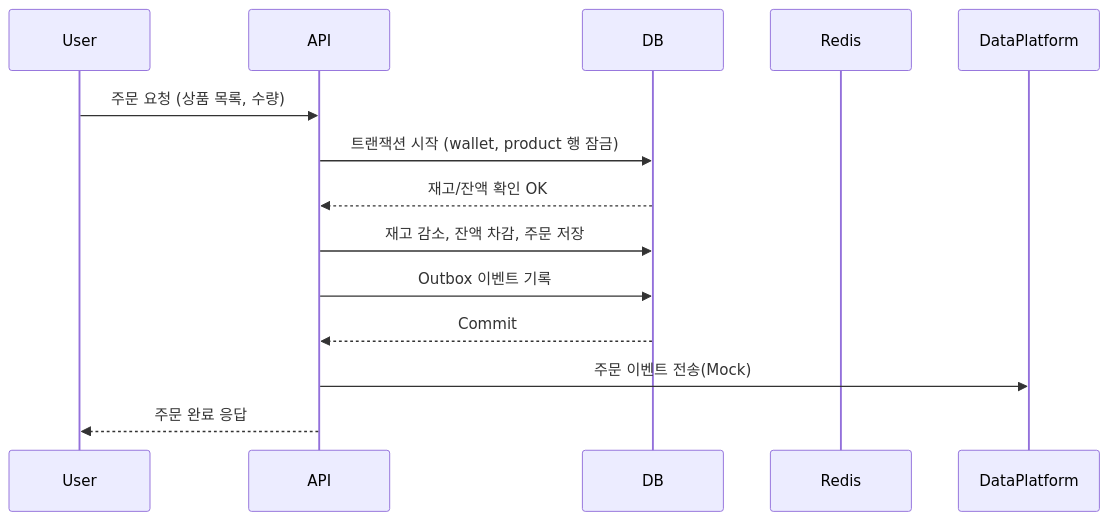
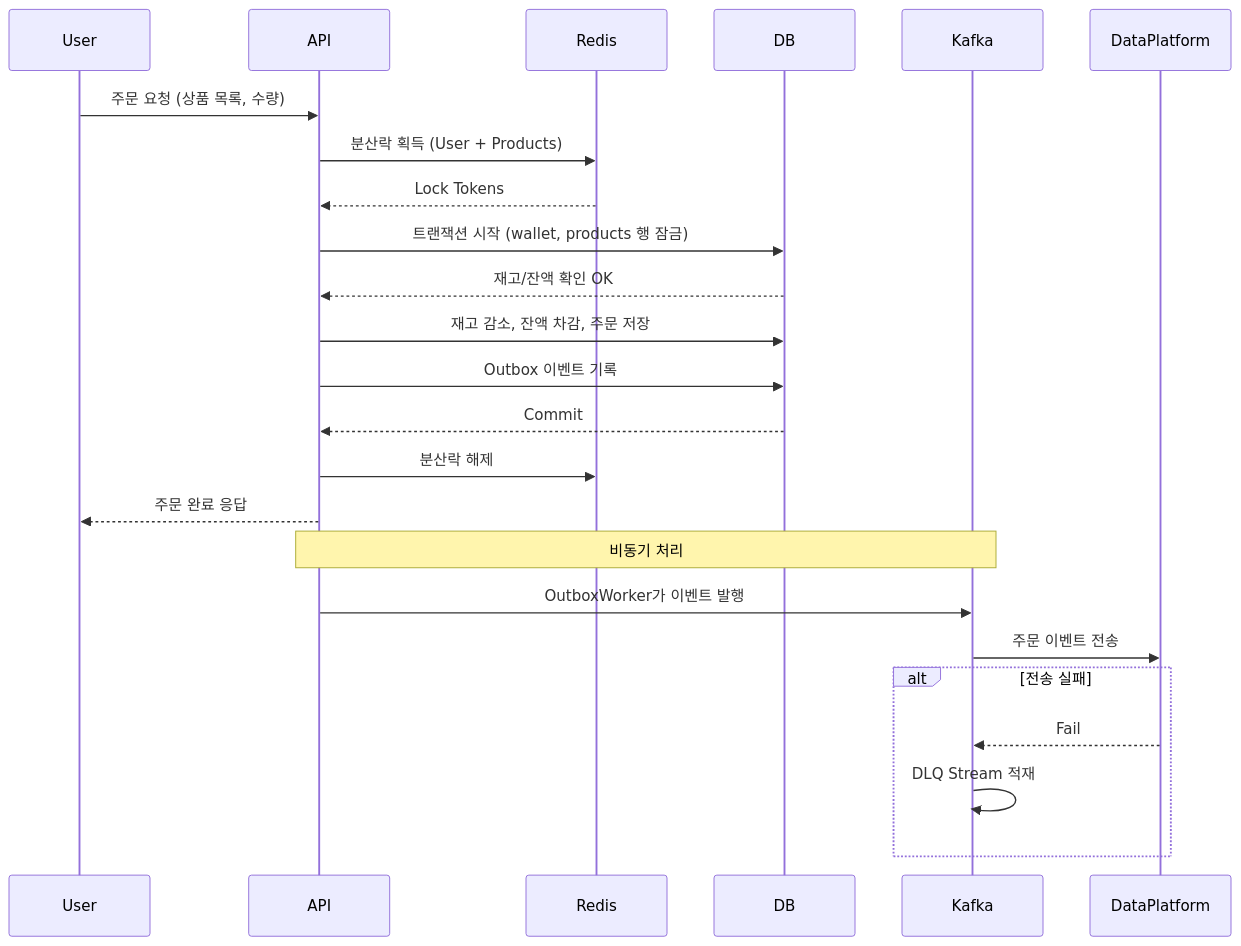
One commit to SeoBYP/server-setup-java changed the sixth of 8 diagrams in README.md. Above: the diagram before and after it, drawn with Mermaid. The commit also changed other lines of this file and 6 other files, not shown here.

````diff
--- a/README.md
+++ b/README.md
@@ -146,17 +463,32 @@
 ```mermaid
 sequenceDiagram
     participant User
     participant API
+    participant Redis
     participant DB
-    participant Redis
+    participant Kafka
     participant DataPlatform
 
     User->>API: 주문 요청 (상품 목록, 수량)
-    API->>DB: 트랜잭션 시작 (wallet, product 행 잠금)
+    API->>Redis: 분산락 획득 (User + Products)
+    Redis-->>API: Lock Tokens
+    
+    API->>DB: 트랜잭션 시작 (wallet, products 행 잠금)
     DB-->>API: 재고/잔액 확인 OK
+    
     API->>DB: 재고 감소, 잔액 차감, 주문 저장
     API->>DB: Outbox 이벤트 기록
     DB-->>API: Commit
-    API->>DataPlatform: 주문 이벤트 전송(Mock)
+    
+    API->>Redis: 분산락 해제
     API-->>User: 주문 완료 응답
+    
+    Note over API,Kafka: 비동기 처리
+    API->>Kafka: OutboxWorker가 이벤트 발행
+    Kafka->>DataPlatform: 주문 이벤트 전송
+    
+    alt 전송 실패
+        DataPlatform-->>Kafka: Fail
+        Kafka->>Kafka: DLQ Stream 적재
+    end
 ```
````
